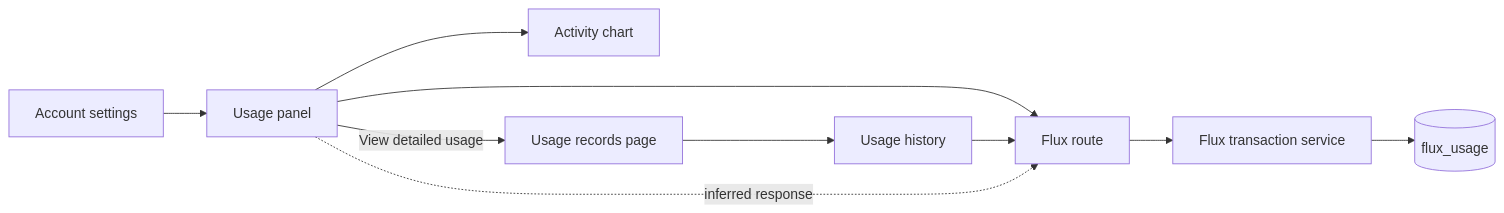
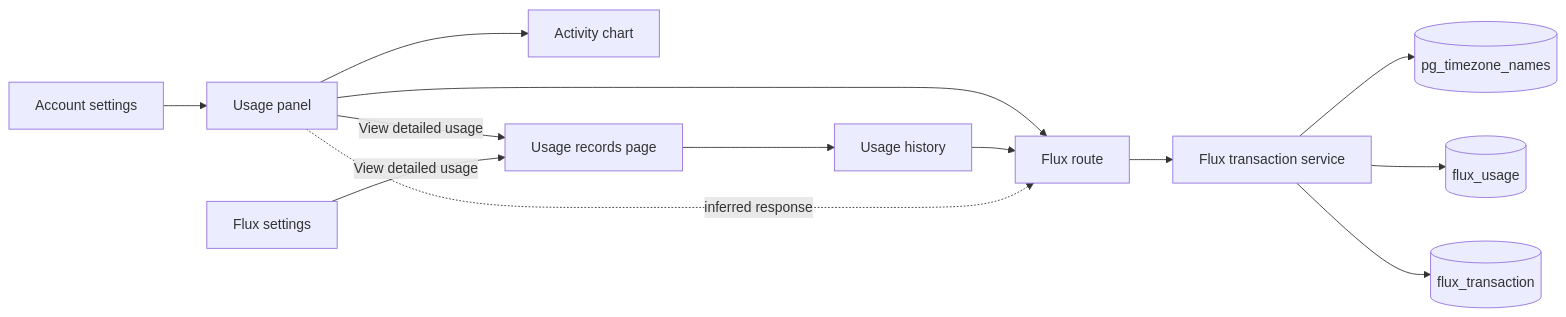
One commit to moeru-ai/airi changed the first of 2 diagrams in server/docs/ai/adr/2026-10-25-flux-usage-charts.md. Above: the diagram before and after it, drawn with Mermaid. The commit also changed other lines of this file, not shown here.

First line of the commit message:
docs(flux): update the activity ADR

````diff
--- a/server/docs/ai/adr/2026-10-25-flux-usage-charts.md
+++ b/server/docs/ai/adr/2026-10-25-flux-usage-charts.md
@@ -35,12 +40,15 @@
 ```mermaid
 flowchart LR
   Page[Account settings] --> Panel[Usage panel]
   Panel --> Chart[Activity chart]
   Panel --> Route[Flux route]
   Panel -->|View detailed usage| HistoryPage[Usage records page]
+  Recharge[Flux settings] -->|View detailed usage| HistoryPage
   HistoryPage --> History[Usage history]
   History --> Route
   Route --> Service[Flux transaction service]
+  Service --> Zones[(pg_timezone_names)]
   Service --> Usage[(flux_usage)]
+  Service --> Ledger[(flux_transaction)]
   Panel -. inferred response .-> Route
 ```
````
